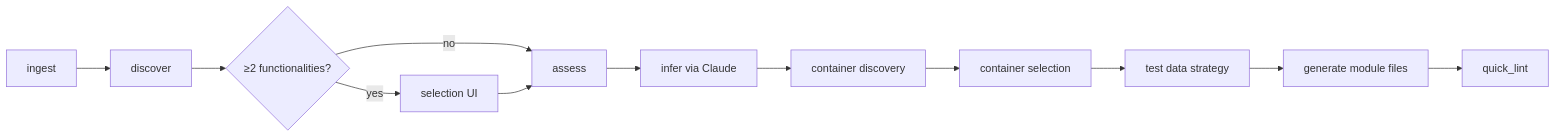
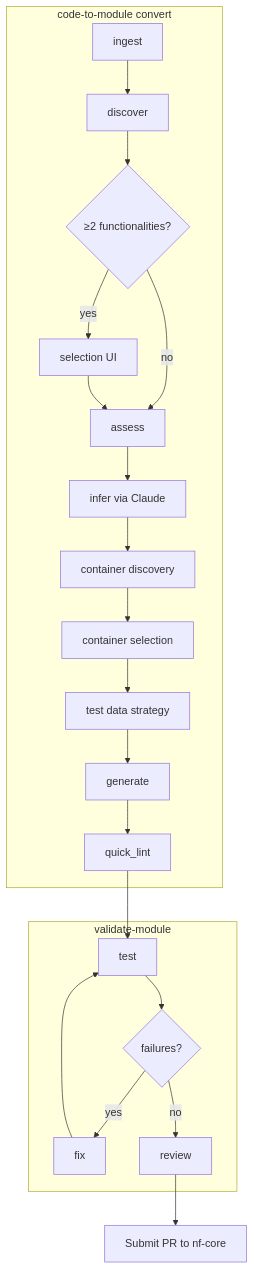
One commit to svigneau/code-to-module changed the diagram in docs/architecture.md. Above: the diagram before and after it, drawn with Mermaid. The commit also changed 2 other files, not shown here.

Commit message:
docs: harmonise pipeline diagrams across index and architecture pages
- index.md: TD → LR with subgraphs; node labels lowercased to match
  module names (ingest, discover, assess, infer, generate)
- architecture.md: flat LR → TD with subgraphs covering both convert
  and validate-module pipelines; retains branching decision node
- known-limitations.md: fix stale link development-tutorial.md → architecture.md

````diff
--- a/docs/architecture.md
+++ b/docs/architecture.md
@@ -48,14 +48,26 @@
 ```mermaid
-flowchart LR
-    A[ingest] --> B[discover]
-    B --> C{≥2 functionalities?}
-    C -- yes --> D[selection UI]
-    C -- no --> E[assess]
-    D --> E
-    E --> F[infer via Claude]
-    F --> G[container discovery]
-    G --> H[container selection]
-    H --> I[test data strategy]
-    I --> J[generate module files]
-    J --> K[quick_lint]
+flowchart TD
+    subgraph convert ["code-to-module convert"]
+        A[ingest] --> B[discover]
+        B --> C{≥2 functionalities?}
+        C -- yes --> D[selection UI]
+        C -- no --> E[assess]
+        D --> E
+        E --> F[infer via Claude]
+        F --> G[container discovery]
+        G --> H[container selection]
+        H --> I[test data strategy]
+        I --> J[generate]
+        J --> K[quick_lint]
+    end
+
+    subgraph validate ["validate-module"]
+        L[test] --> M{failures?}
+        M -- yes --> N[fix]
+        N --> L
+        M -- no --> O[review]
+    end
+
+    K --> L
+    O --> P[Submit PR to nf-core]
 ```
````
